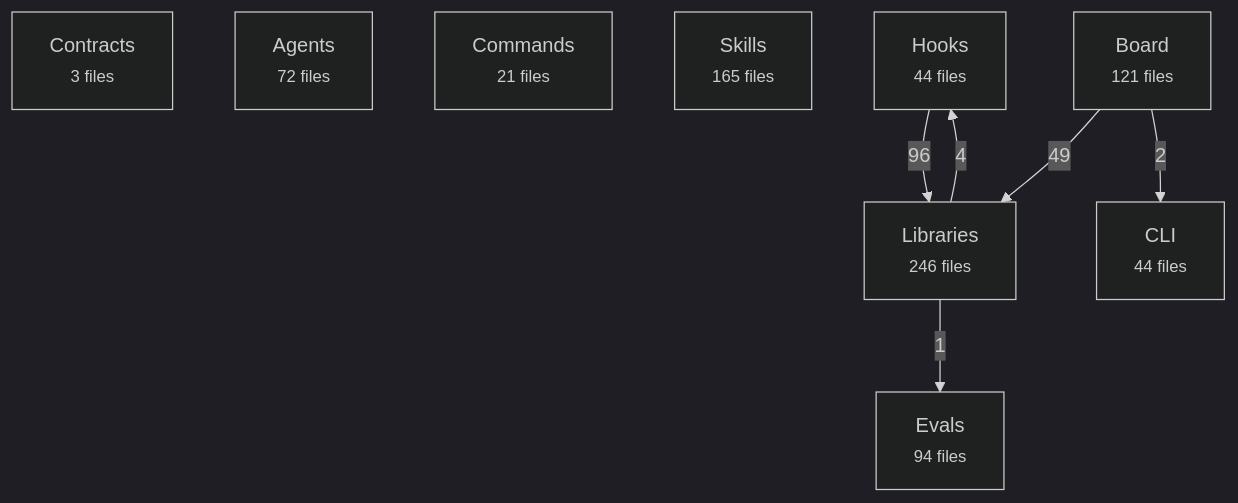
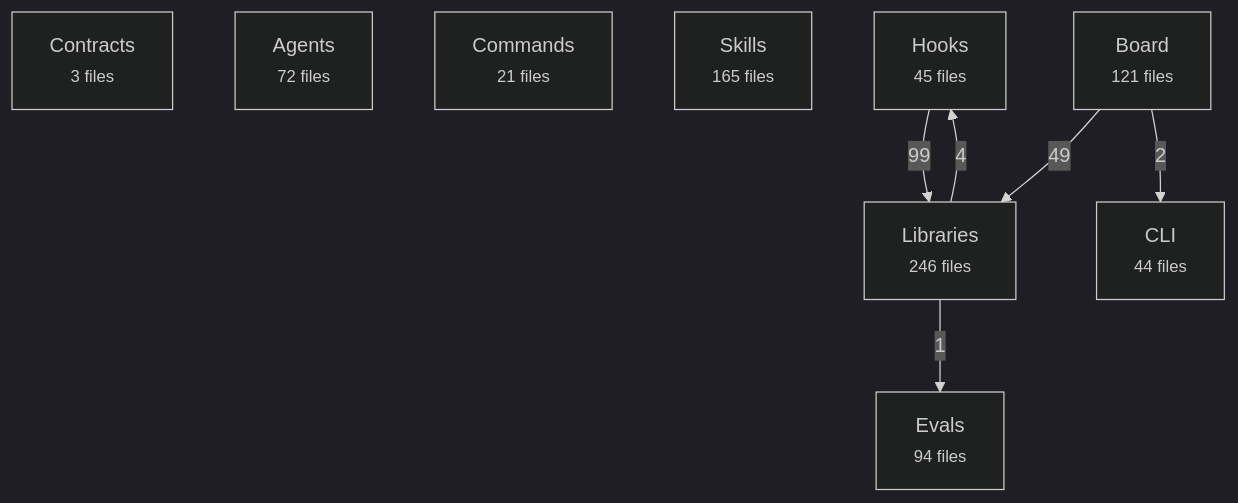
One commit to avelikiy/great_cto changed the first of 2 diagrams in docs/reference/architecture-map.md. Above: the diagram before and after it, drawn with Mermaid (dark theme). The commit also changed other lines of this file and 7 other files, not shown here.

````diff
--- a/docs/reference/architecture-map.md
+++ b/docs/reference/architecture-map.md
@@ -20,17 +20,17 @@
 ```mermaid
 flowchart TD
   contracts["Contracts<br/><small>3 files</small>"]
   agents["Agents<br/><small>72 files</small>"]
   commands["Commands<br/><small>21 files</small>"]
   skills["Skills<br/><small>165 files</small>"]
-  hooks["Hooks<br/><small>44 files</small>"]
+  hooks["Hooks<br/><small>45 files</small>"]
   libs["Libraries<br/><small>246 files</small>"]
   board["Board<br/><small>121 files</small>"]
   cli["CLI<br/><small>44 files</small>"]
   evals["Evals<br/><small>94 files</small>"]
-  hooks -->|96| libs
+  hooks -->|99| libs
   board -->|49| libs
   libs -->|4| hooks
   board -->|2| cli
   libs -->|1| evals
 ```
````
